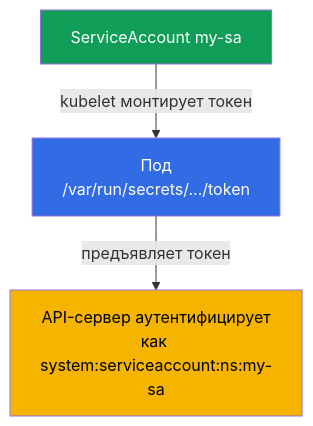
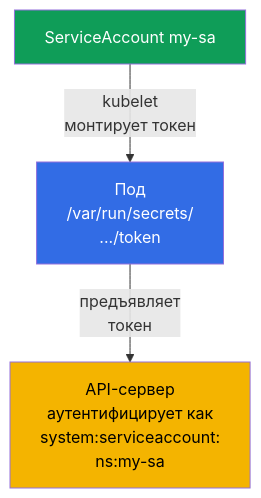
One commit to ViktorUJ/cks changed the fourth of 7 diagrams in tasks/cka/course/21/ru.md. Above: the diagram before and after it, drawn with Mermaid. The commit also changed other lines of this file, not shown here.

````diff
--- a/tasks/cka/course/21/ru.md
+++ b/tasks/cka/course/21/ru.md
@@ -110,8 +114,8 @@
 ```mermaid
 flowchart TB
-    sa["ServiceAccount my-sa"] -->|"kubelet монтирует токен"| pod["Под<br>/var/run/secrets/.../token"]
-    pod -->|"предъявляет токен"| api["API-сервер аутентифицирует<br>как system:serviceaccount:ns:my-sa"]
+    sa["ServiceAccount my-sa"] -->|"kubelet<br>монтирует токен"| pod["Под<br>/var/run/secrets/<br>.../token"]
+    pod -->|"предъявляет<br>токен"| api["API-сервер<br>аутентифицирует как<br>system:serviceaccount:<br>ns:my-sa"]
     style sa fill:#0f9d58,color:#fff
     style pod fill:#326ce5,color:#fff
     style api fill:#f4b400,color:#000
 ```
````
